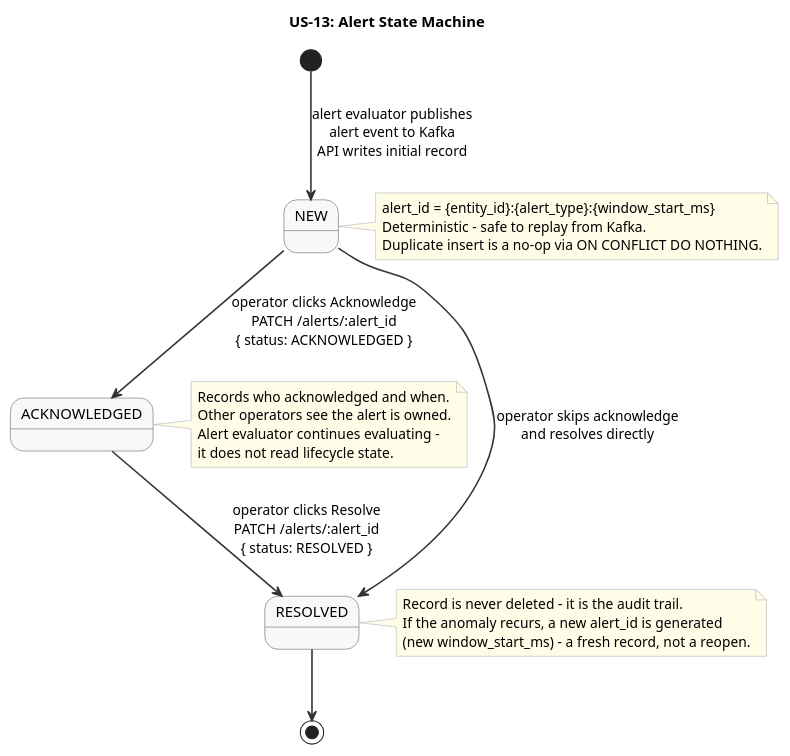
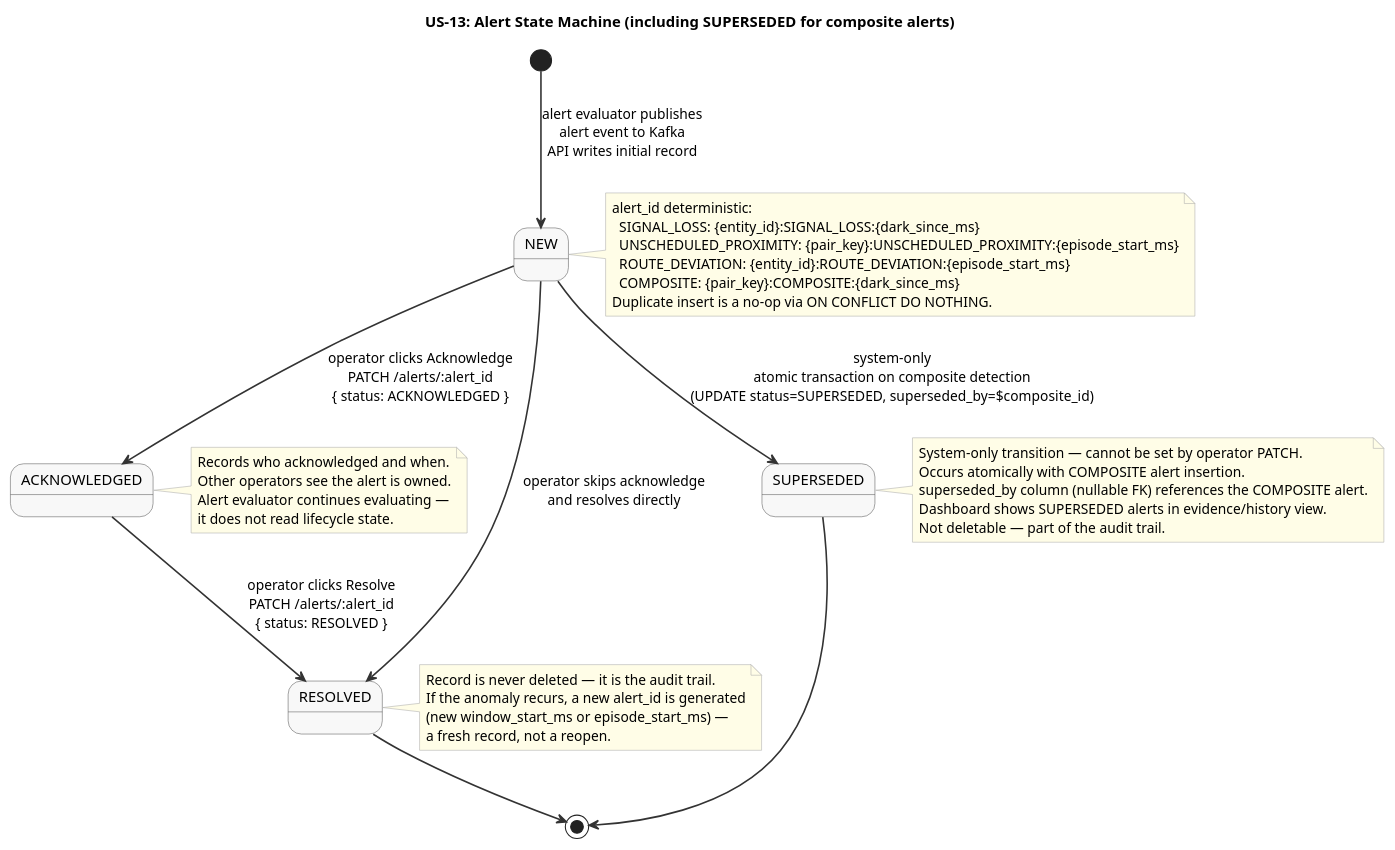
One commit to Buffden/sentinel changed the diagram in docs/use-cases/US-13-alert-lifecycle/state-transitions.puml. Above: the diagram before and after it, drawn with PlantUML. The commit also changed 4 other files, not shown here.

First line of the commit message:
api: typed alert-events envelope, SUPERSEDED status, alert lifecycle and investigation diagrams

```diff
--- a/docs/use-cases/US-13-alert-lifecycle/state-transitions.puml
+++ b/docs/use-cases/US-13-alert-lifecycle/state-transitions.puml
@@ -1,42 +1,58 @@
 @startuml state-transitions
-title US-13: Alert State Machine
+title US-13: Alert State Machine (including SUPERSEDED for composite alerts)
 
 skinparam sequenceArrowThickness 1.5
 skinparam participantBorderColor #555555
 skinparam participantBackgroundColor #F8F8F8
 skinparam noteBorderColor #AAAAAA
 skinparam noteBackgroundColor #FFFDE7
 skinparam stateBorderColor #555555
 skinparam stateBackgroundColor #F8F8F8
 skinparam stateArrowColor #333333
 
 [*] --> NEW : alert evaluator publishes\nalert event to Kafka\nAPI writes initial record
 
 NEW --> ACKNOWLEDGED : operator clicks Acknowledge\nPATCH /alerts/:alert_id\n{ status: ACKNOWLEDGED }
 
 ACKNOWLEDGED --> RESOLVED : operator clicks Resolve\nPATCH /alerts/:alert_id\n{ status: RESOLVED }
 
 NEW --> RESOLVED : operator skips acknowledge\nand resolves directly
 
+NEW --> SUPERSEDED : system-only\natomic transaction on composite detection\n(UPDATE status=SUPERSEDED, superseded_by=$composite_id)
+
+SUPERSEDED --> [*]
+
 RESOLVED --> [*]
 
 note right of NEW
-  alert_id = {entity_id}:{alert_type}:{window_start_ms}
-  Deterministic - safe to replay from Kafka.
+  alert_id deterministic:
+    SIGNAL_LOSS: {entity_id}:SIGNAL_LOSS:{dark_since_ms}
+    UNSCHEDULED_PROXIMITY: {pair_key}:UNSCHEDULED_PROXIMITY:{episode_start_ms}
+    ROUTE_DEVIATION: {entity_id}:ROUTE_DEVIATION:{episode_start_ms}
+    COMPOSITE: {pair_key}:COMPOSITE:{dark_since_ms}
   Duplicate insert is a no-op via ON CONFLICT DO NOTHING.
 end note
 
 note right of ACKNOWLEDGED
   Records who acknowledged and when.
   Other operators see the alert is owned.
-  Alert evaluator continues evaluating -
+  Alert evaluator continues evaluating —
   it does not read lifecycle state.
 end note
 
+note right of SUPERSEDED
+  System-only transition — cannot be set by operator PATCH.
+  Occurs atomically with COMPOSITE alert insertion.
+  superseded_by column (nullable FK) references the COMPOSITE alert.
+  Dashboard shows SUPERSEDED alerts in evidence/history view.
+  Not deletable — part of the audit trail.
+end note
+
 note right of RESOLVED
-  Record is never deleted - it is the audit trail.
+  Record is never deleted — it is the audit trail.
   If the anomaly recurs, a new alert_id is generated
-  (new window_start_ms) - a fresh record, not a reopen.
+  (new window_start_ms or episode_start_ms) —
+  a fresh record, not a reopen.
 end note
 
 @enduml
```
